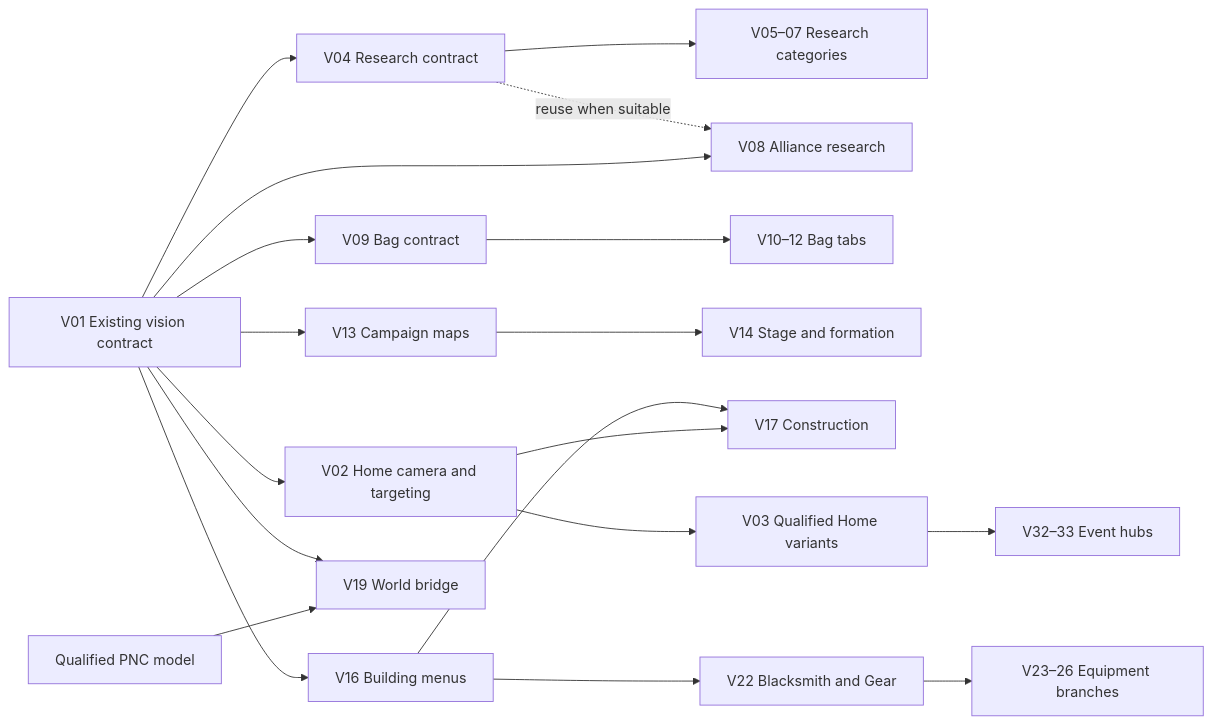
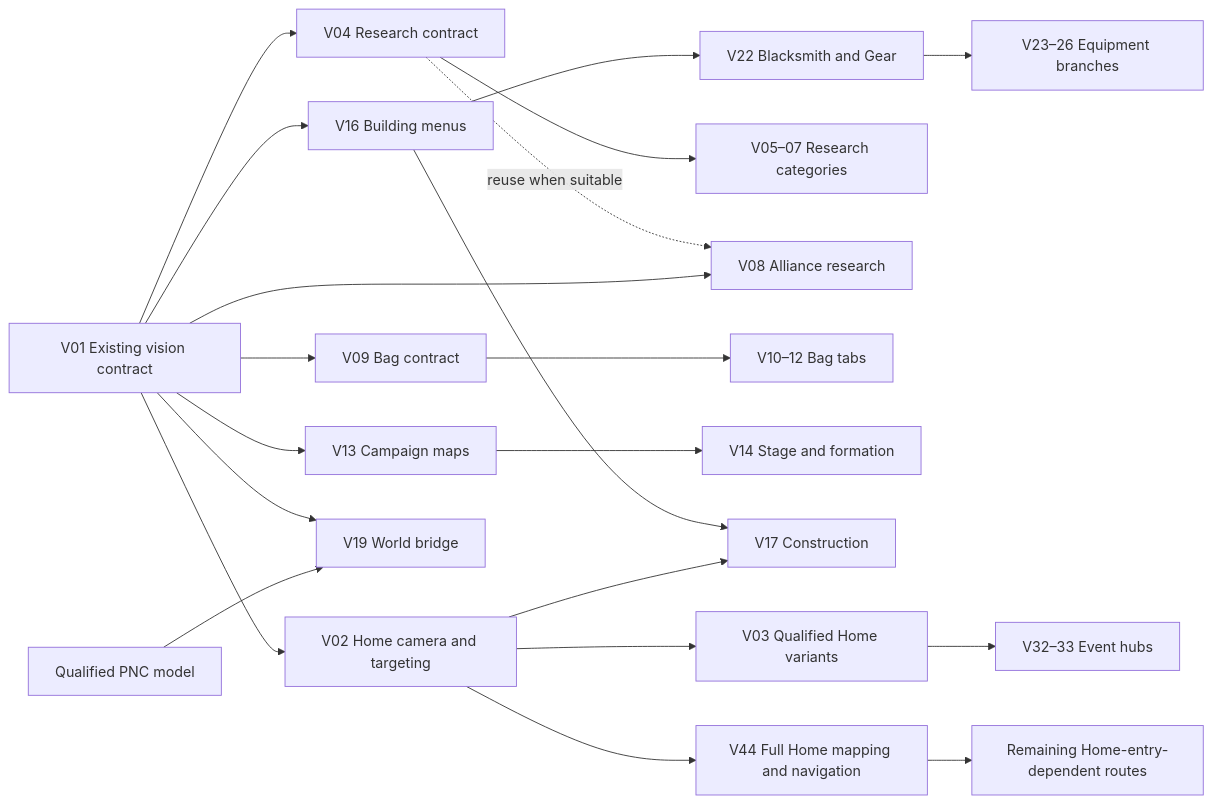
The diagram in plans/themed/vision/PNC_VISION_ROADMAP.md (1026535/pnc), drawn with Mermaid before and after one commit. The commit also changed other lines of this file and 120 other files, not shown here.

````diff
--- a/plans/themed/vision/PNC_VISION_ROADMAP.md
+++ b/plans/themed/vision/PNC_VISION_ROADMAP.md
@@ -37,21 +60,23 @@
 ```mermaid
 flowchart LR
   F["V01 Existing vision contract"] --> H["V02 Home camera and targeting"]
+  H --> HC["V44 Full Home mapping and navigation"]
+  HC --> ENTRY["Remaining Home-entry-dependent routes"]
   F --> R["V04 Research contract"]
   F --> B["V09 Bag contract"]
   F --> C["V13 Campaign maps"]
   F --> U["V16 Building menus"]
   R --> RX["V05–07 Research categories"]
   R -. reuse when suitable .-> A["V08 Alliance research"]
   F --> A
   B --> BX["V10–12 Bag tabs"]
   C --> CX["V14 Stage and formation"]
   U --> K["V17 Construction"]
   H --> K
   U --> G["V22 Blacksmith and Gear"]
   G --> GX["V23–26 Equipment branches"]
   H --> HV["V03 Qualified Home variants"]
   HV --> EV["V32–33 Event hubs"]
   F --> W["V19 World bridge"]
   M["Qualified PNC model"] --> W
 ```
````
